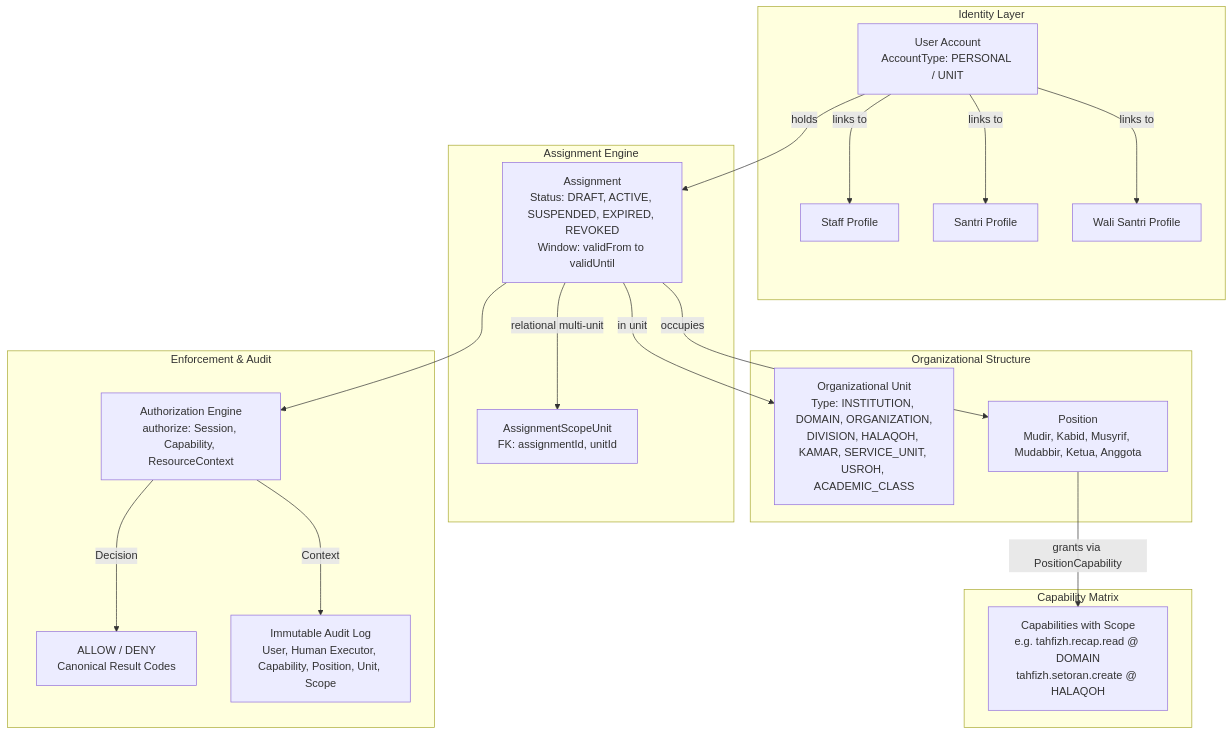
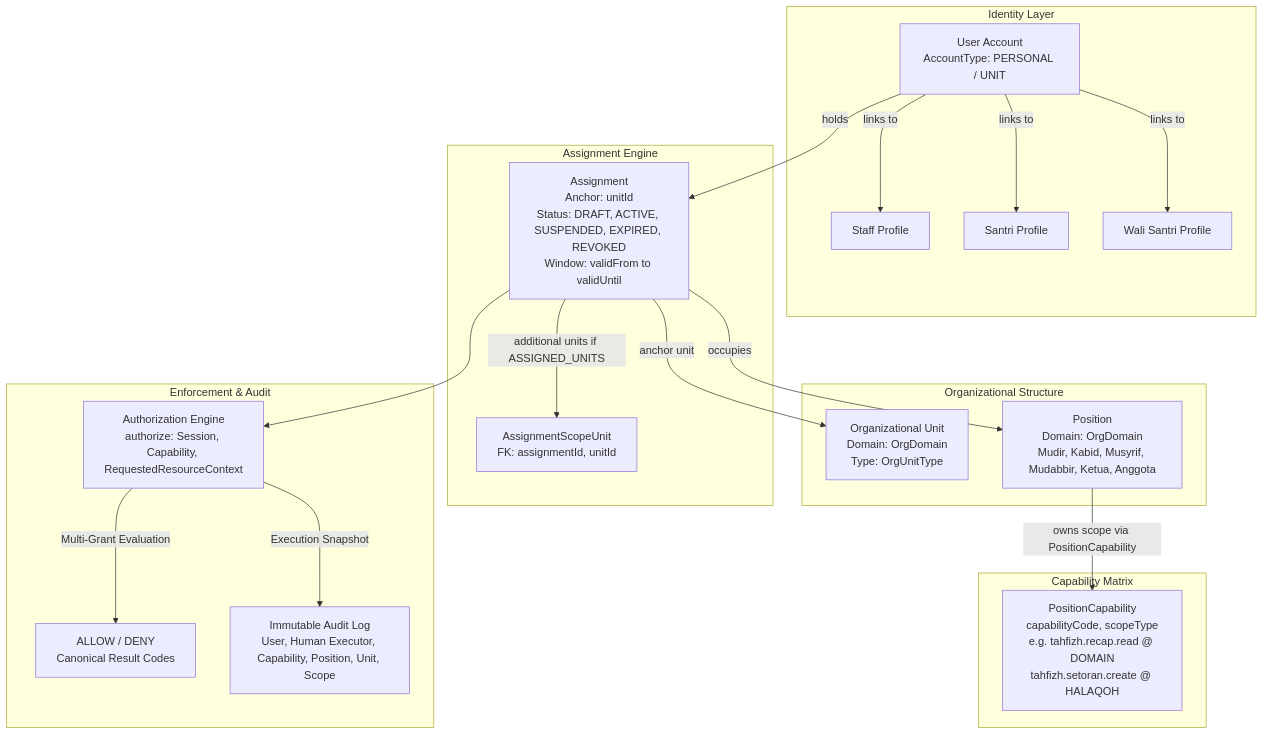
One commit to abdngr23-pixel/stq-education-portal changed the diagram in docs/STQ_ARCHITECTURE_LOCK.md. Above: the diagram before and after it, drawn with Mermaid. The commit also changed other lines of this file and 10 other files, not shown here.

Commit message:
fix(arch): implement STQ architecture lock V3-B normalization directives

````diff
--- a/docs/STQ_ARCHITECTURE_LOCK.md
+++ b/docs/STQ_ARCHITECTURE_LOCK.md
@@ -82,30 +93,30 @@
 ```mermaid
 graph TD
     subgraph Identity Layer
         U[User Account<br/>AccountType: PERSONAL / UNIT] -->|links to| S[Staff Profile]
         U -->|links to| ST[Santri Profile]
         U -->|links to| W[Wali Santri Profile]
     end
 
     subgraph Organizational Structure
-        OU[Organizational Unit<br/>Type: INSTITUTION, DOMAIN, ORGANIZATION,<br/>DIVISION, HALAQOH, KAMAR, SERVICE_UNIT, USROH, ACADEMIC_CLASS]
-        POS[Position<br/>Mudir, Kabid, Musyrif, Mudabbir, Ketua, Anggota]
+        OU[Organizational Unit<br/>Domain: OrgDomain<br/>Type: OrgUnitType]
+        POS[Position<br/>Domain: OrgDomain<br/>Mudir, Kabid, Musyrif, Mudabbir, Ketua, Anggota]
     end
 
     subgraph Assignment Engine
-        U -->|holds| ASN[Assignment<br/>Status: DRAFT, ACTIVE, SUSPENDED, EXPIRED, REVOKED<br/>Window: validFrom to validUntil]
-        ASN -->|in unit| OU
+        U -->|holds| ASN[Assignment<br/>Anchor: unitId<br/>Status: DRAFT, ACTIVE, SUSPENDED, EXPIRED, REVOKED<br/>Window: validFrom to validUntil]
+        ASN -->|anchor unit| OU
         ASN -->|occupies| POS
-        ASN -->|relational multi-unit| ASU[AssignmentScopeUnit<br/>FK: assignmentId, unitId]
+        ASN -->|additional units if ASSIGNED_UNITS| ASU[AssignmentScopeUnit<br/>FK: assignmentId, unitId]
     end
 
     subgraph Capability Matrix
-        POS -->|grants via PositionCapability| CAP[Capabilities with Scope<br/>e.g. tahfizh.recap.read @ DOMAIN<br/>tahfizh.setoran.create @ HALAQOH]
+        POS -->|owns scope via PositionCapability| CAP[PositionCapability<br/>capabilityCode, scopeType<br/>e.g. tahfizh.recap.read @ DOMAIN<br/>tahfizh.setoran.create @ HALAQOH]
     end
 
     subgraph Enforcement & Audit
-        ASN --> AUTH[Authorization Engine<br/>authorize: Session, Capability, ResourceContext]
-        AUTH -->|Decision| RES[ALLOW / DENY<br/>Canonical Result Codes]
-        AUTH -->|Context| AUD[Immutable Audit Log<br/>User, Human Executor, Capability, Position, Unit, Scope]
+        ASN --> AUTH[Authorization Engine<br/>authorize: Session, Capability, RequestedResourceContext]
+        AUTH -->|Multi-Grant Evaluation| RES[ALLOW / DENY<br/>Canonical Result Codes]
+        AUTH -->|Execution Snapshot| AUD[Immutable Audit Log<br/>User, Human Executor, Capability, Position, Unit, Scope]
     end
 ```
````
